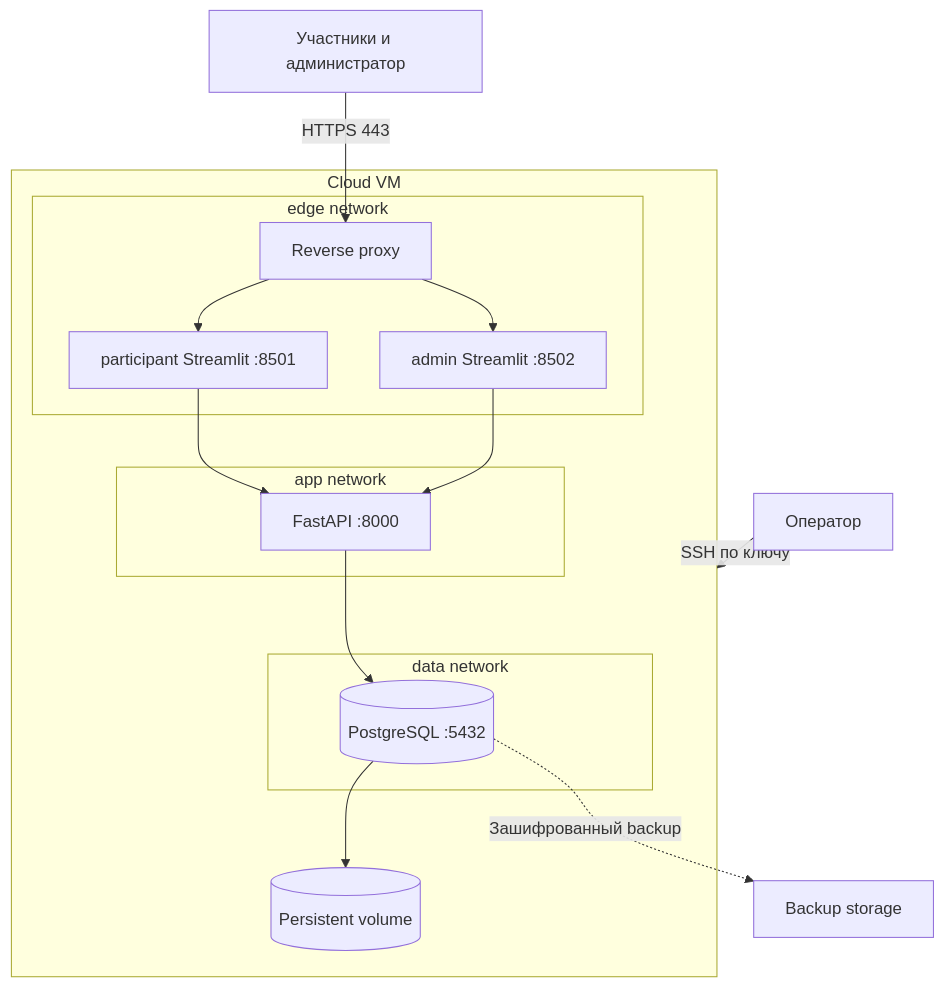
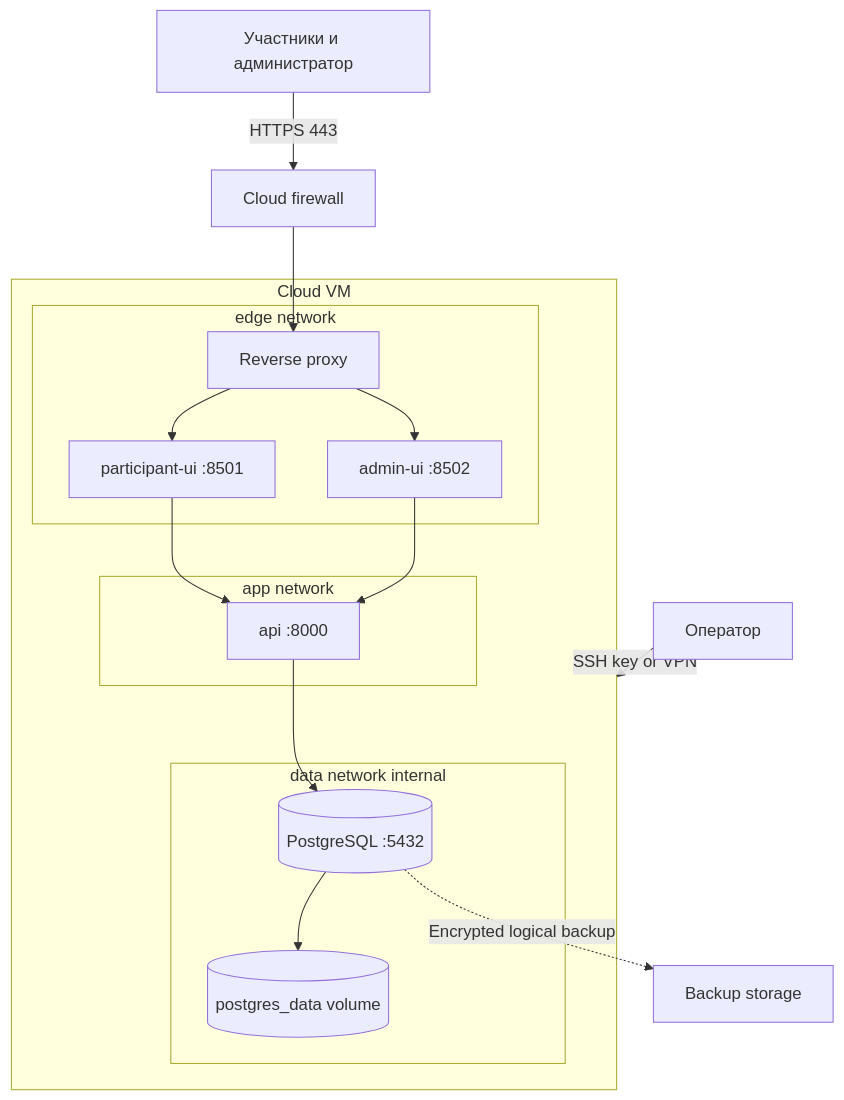
Before and after one commit to BigZet/AMLautosim: the first of 9 diagrams in docs/deployment.md, drawn with Mermaid. The commit also changed other lines of this file and 14 other files, not shown here.

````diff
--- a/docs/deployment.md
+++ b/docs/deployment.md
@@ -5,25 +5,25 @@
 ```mermaid
 flowchart TB
-    users["Участники и администратор"] -->|"HTTPS 443"| proxy["Reverse proxy"]
+    users["Участники и администратор"] -->|"HTTPS 443"| firewall["Cloud firewall"]
+    firewall --> proxy["Reverse proxy"]
 
     subgraph vm["Cloud VM"]
-        subgraph edge["edge network"]
-            proxy --> participant["participant Streamlit :8501"]
-            proxy --> admin["admin Streamlit :8502"]
+        subgraph edgeNet["edge network"]
+            proxy --> playerUi["participant-ui :8501"]
+            proxy --> adminUi["admin-ui :8502"]
         end
 
-        subgraph appnet["app network"]
-            participant --> api["FastAPI :8000"]
-            admin --> api
+        subgraph appNet["app network"]
+            playerUi --> api["api :8000"]
+            adminUi --> api
         end
 
-        subgraph datanet["data network"]
-            api --> postgres[("PostgreSQL :5432")]
+        subgraph dataNet["data network internal"]
+            api --> db[("PostgreSQL :5432")]
+            db --> volume[("postgres_data volume")]
         end
-
-        postgres --> volume[("Persistent volume")]
     end
 
-    operator["Оператор"] -->|"SSH по ключу"| vm
-    postgres -.->|"Зашифрованный backup"| backup["Backup storage"]
+    operator["Оператор"] -->|"SSH key or VPN"| vm
+    db -.->|"Encrypted logical backup"| backup["Backup storage"]
 ```
````
